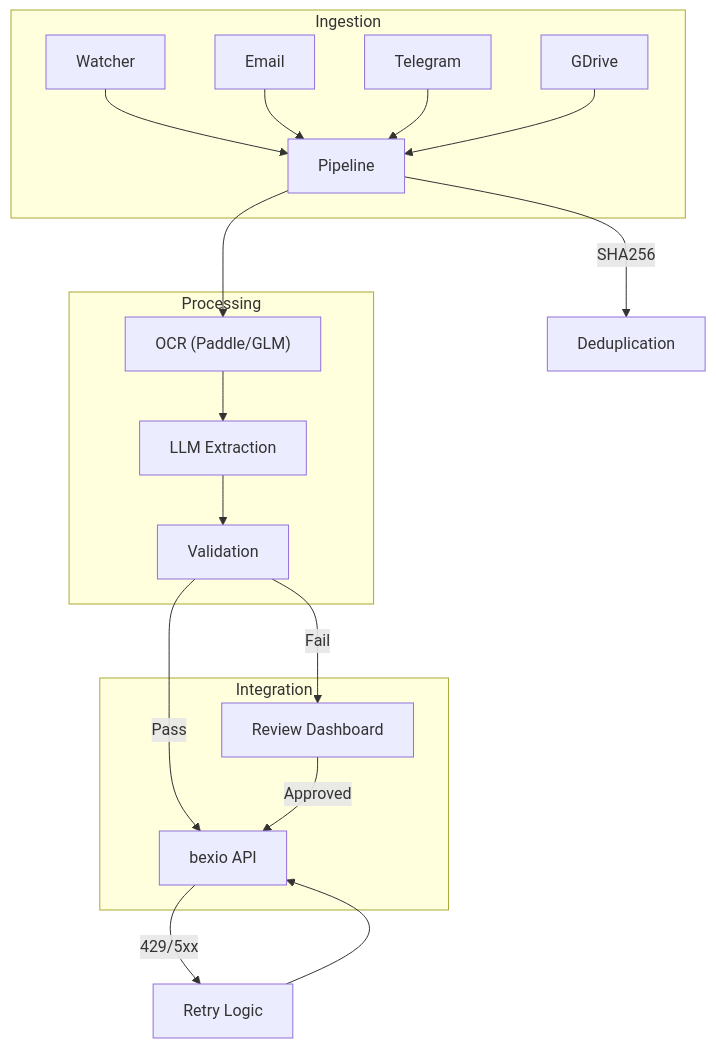
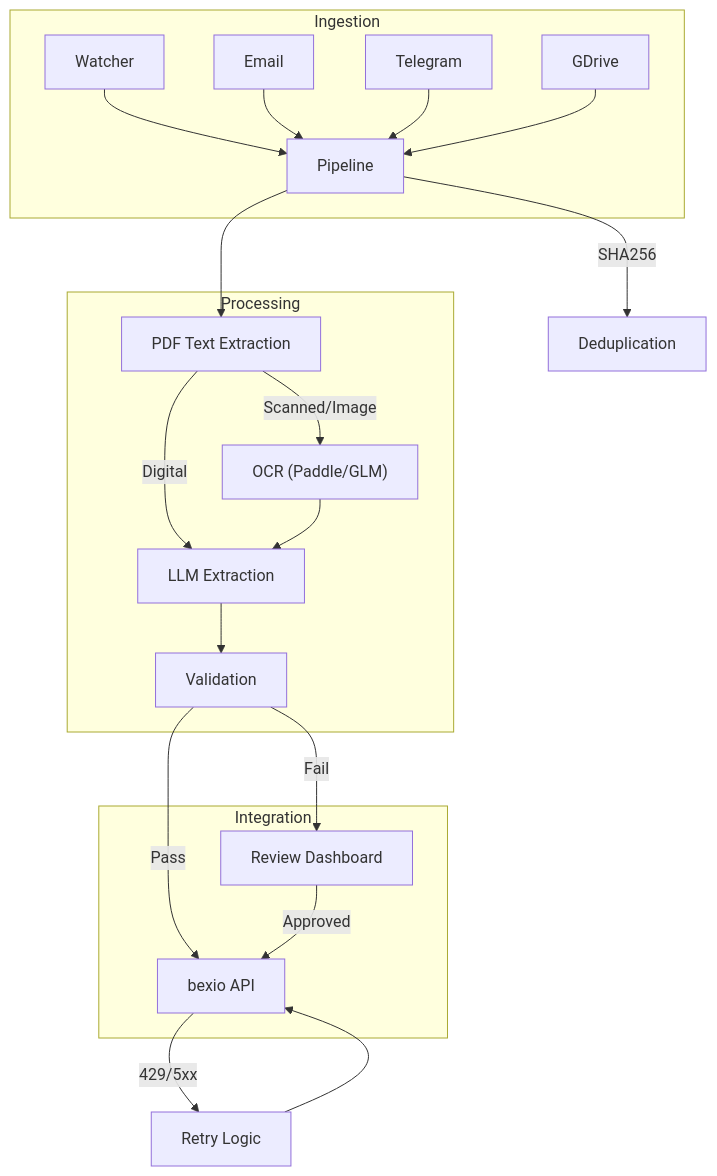
The diagram in README.md (tazztone/bexio-receipts), drawn with Mermaid before and after one commit. The commit also changed other lines of this file and 21 other files, not shown here.

````diff
--- a/README.md
+++ b/README.md
@@ -66,25 +68,27 @@
 ```mermaid
 graph TD
     subgraph Ingestion
         FW["Watcher"] --> P["Pipeline"]
         EM["Email"] --> P
         TB["Telegram"] --> P
         GD["GDrive"] --> P
     end
 
     subgraph Processing
-        P --> OCR["OCR (Paddle/GLM)"]
+        P --> PDF["PDF Text Extraction"]
+        PDF -- Scanned/Image --> OCR["OCR (Paddle/GLM)"]
+        PDF -- Digital --> LLM
         OCR --> LLM["LLM Extraction"]
         LLM --> VAL["Validation"]
     end
 
     subgraph Integration
         VAL -- Pass --> BEX["bexio API"]
         VAL -- Fail --> RD["Review Dashboard"]
         RD -- Approved --> BEX
     end
 
     BEX -- 429/5xx --> Retry["Retry Logic"]
     Retry --> BEX
     P -- SHA256 --> DB["Deduplication"]
 ```
````
